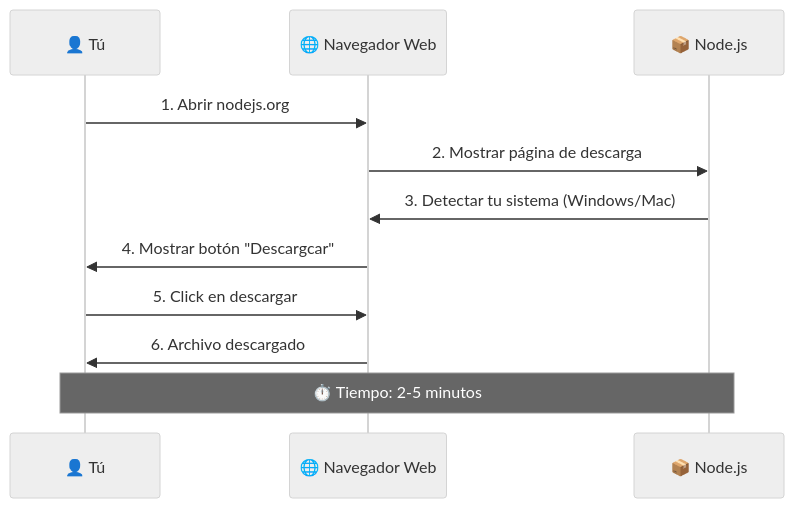
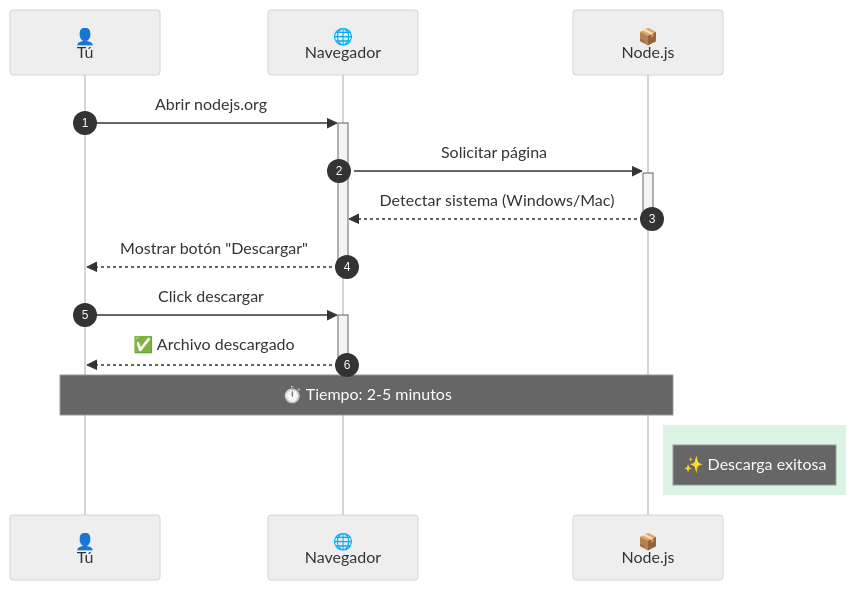
Before and after one commit to Ai-Whisperers/Courses-Content: the fourth of 12 diagrams in courses/🟡-development/FPUNA-2026/00-FUNDAMENTOS-PRINCIPALES/01-configuracion-stack-ia.md, drawn with Mermaid (neutral theme). The commit also changed other lines of this file, not shown here.

First line of the commit message:
Replace Claude/Anthropic with OpenCode+Zen and improve all Mermaid diagrams

````diff
--- a/courses/🟡-development/FPUNA-2026/00-FUNDAMENTOS-PRINCIPALES/01-configuracion-stack-ia.md
+++ b/courses/🟡-development/FPUNA-2026/00-FUNDAMENTOS-PRINCIPALES/01-configuracion-stack-ia.md
@@ -120,15 +125,20 @@
 ```mermaid
 sequenceDiagram
-    participant U as 👤 Tú
-    participant W as 🌐 Navegador Web
-    participant N as 📦 Node.js
+    autonumber
+    participant U as 👤<br/>Tú
+    participant W as 🌐<br/>Navegador
+    participant N as 📦<br/>Node.js
     
-    U->>W: 1. Abrir nodejs.org
-    W->>N: 2. Mostrar página de descarga
-    N->>W: 3. Detectar tu sistema (Windows/Mac)
-    W->>U: 4. Mostrar botón "Descargcar"
-    U->>W: 5. Click en descargar
-    W->>U: 6. Archivo descargado
+    U->>+W: Abrir nodejs.org
+    W->>+N: Solicitar página
+    N-->>-W: Detectar sistema (Windows/Mac)
+    W-->>-U: Mostrar botón "Descargar"
+    U->>+W: Click descargar
+    W-->>-U: ✅ Archivo descargado
     
     Note over U,N: ⏱️ Tiempo: 2-5 minutos
+    
+    rect rgb(80, 200, 120, 0.2)
+        Note right of N: ✨ Descarga exitosa
+    end
 ```
````
